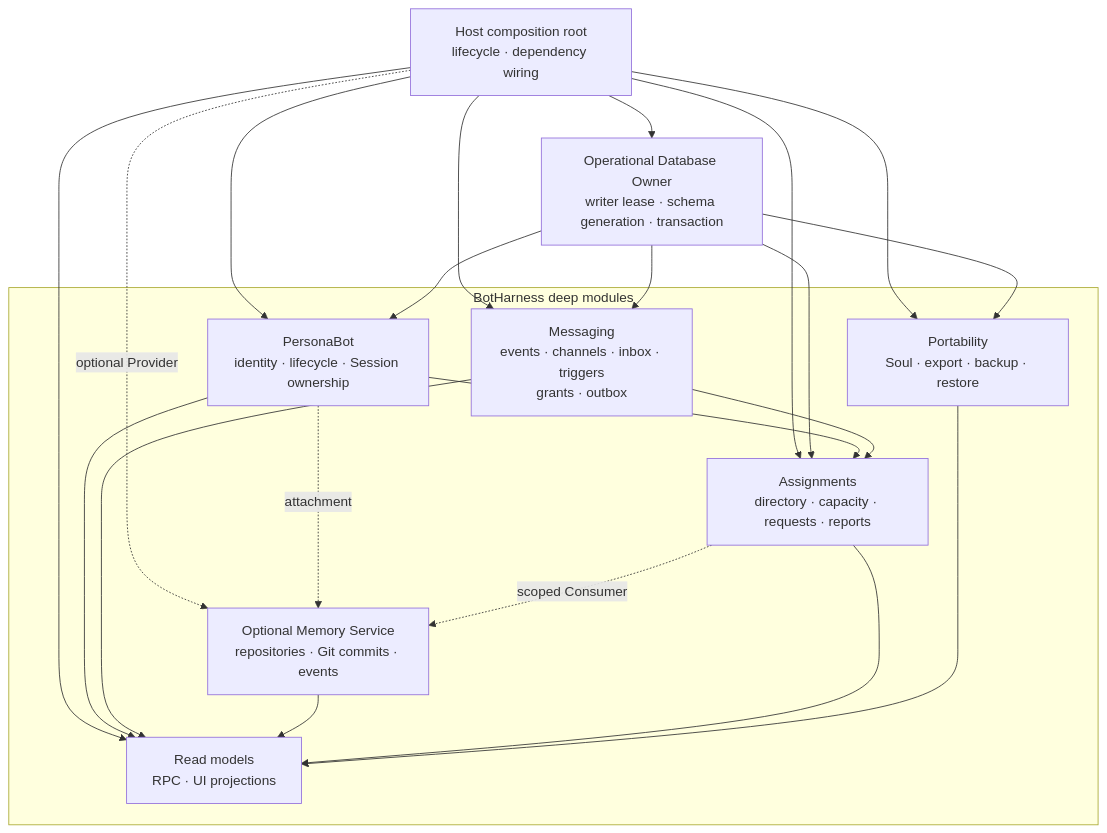
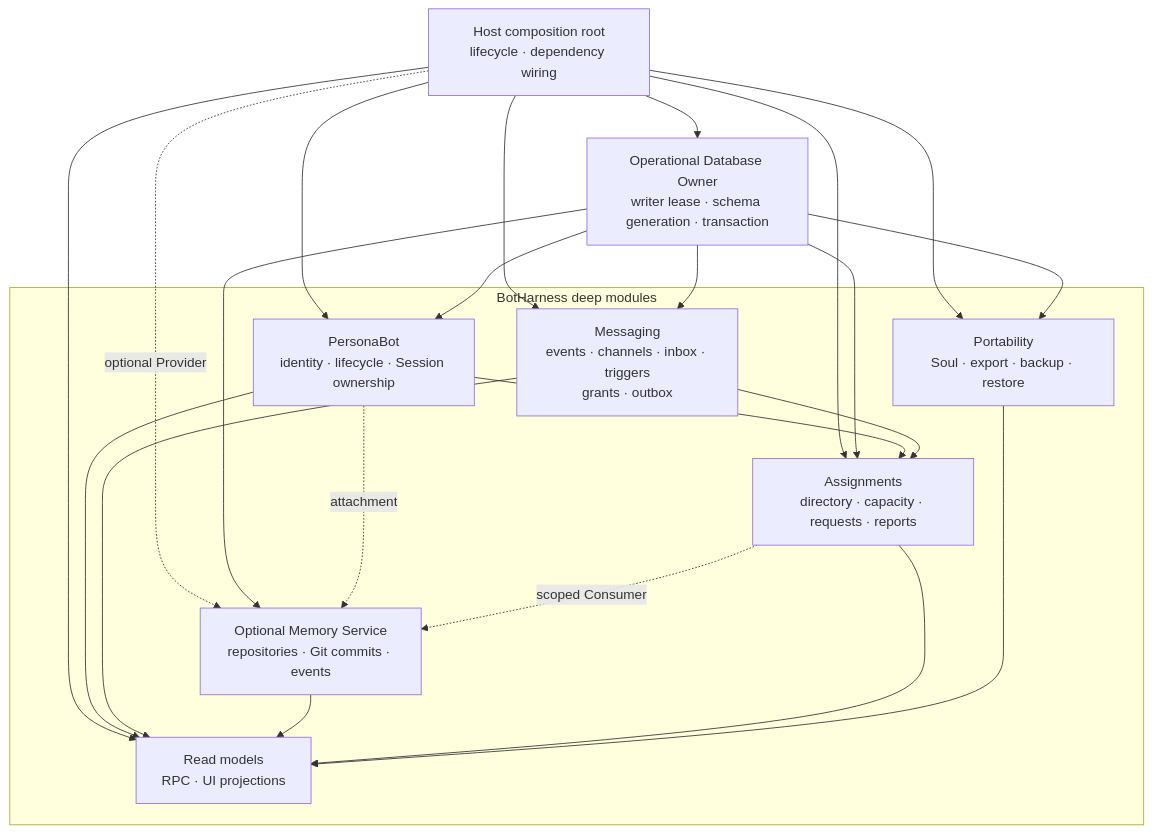
The second of 6 diagrams in docs/architecture/botharness-architecture.md (BotHarness/BotHarness), drawn with Mermaid before and after one commit. The commit also changed other lines of this file and 7 other files, not shown here.

First line of the commit message:
fix(memory): harden accepted lineage and first-use flow

````diff
--- a/docs/architecture/botharness-architecture.md
+++ b/docs/architecture/botharness-architecture.md
@@ -75,35 +75,36 @@
 ```mermaid
 flowchart TB
   Root["Host composition root<br/>lifecycle · dependency wiring"]
   DB["Operational Database Owner<br/>writer lease · schema generation · transaction"]
 
   subgraph Modules["BotHarness deep modules"]
     Bots["PersonaBot<br/>identity · lifecycle · Session ownership"]
     Memory["Optional Memory Service<br/>repositories · Git commits · events"]
     Msg["Messaging<br/>events · channels · inbox · triggers<br/>grants · outbox"]
     Assignments["Assignments<br/>directory · capacity · requests · reports"]
     Portable["Portability<br/>Soul · export · backup · restore"]
     Views["Read models<br/>RPC · UI projections"]
   end
 
   Root --> DB
   Root --> Bots
   Root -. optional Provider .-> Memory
   Root --> Msg
   Root --> Assignments
   Root --> Portable
   Root --> Views
   DB --> Bots
+  DB --> Memory
   DB --> Msg
   DB --> Assignments
   DB --> Portable
   Bots -. attachment .-> Memory
   Bots --> Assignments
   Msg --> Assignments
   Bots --> Views
   Msg --> Views
   Assignments -. scoped Consumer .-> Memory
   Memory --> Views
   Assignments --> Views
   Portable --> Views
 ```
````
